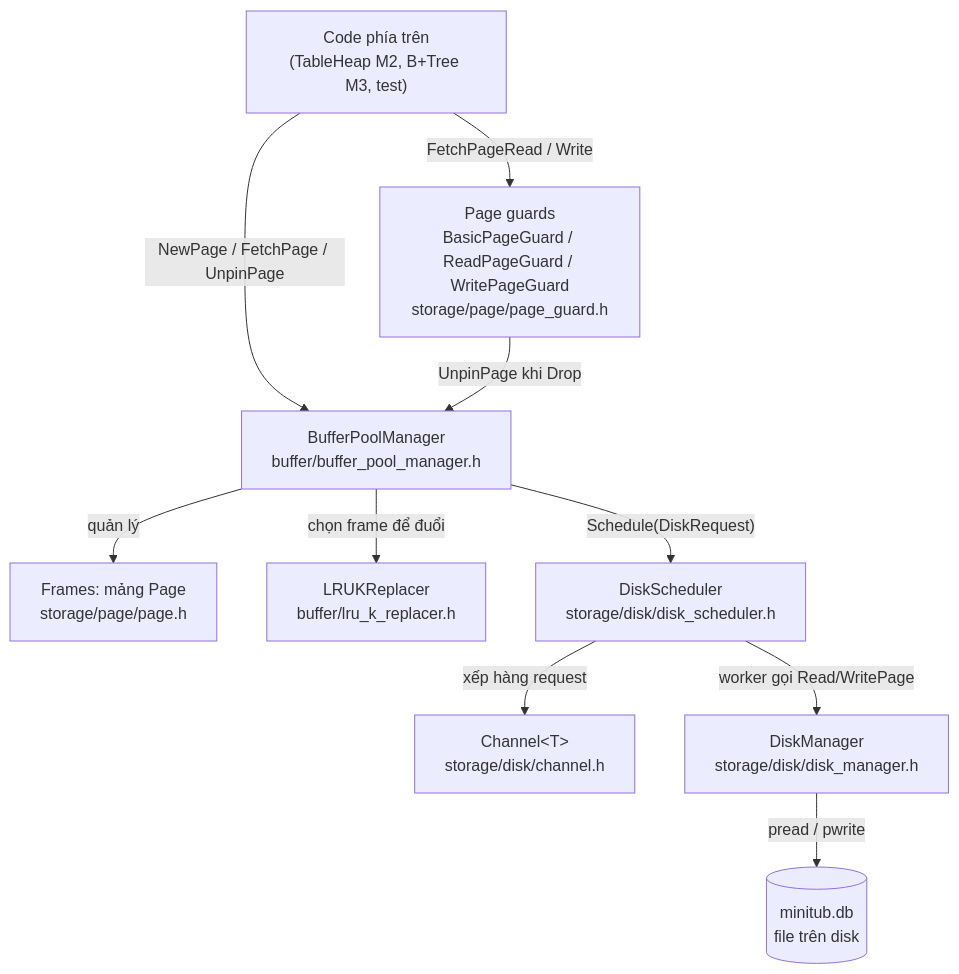
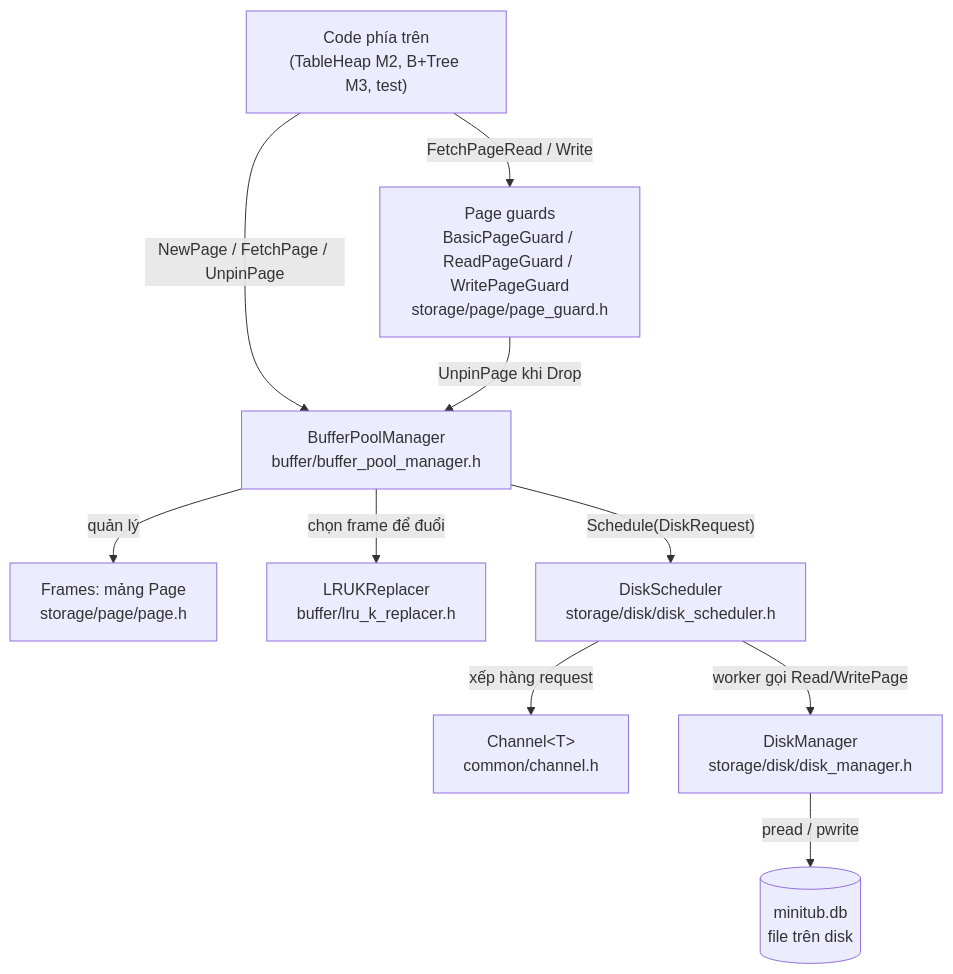
The first of 4 diagrams in docs/architecture-m1.md (Huuquan1602/MiniTub), drawn with Mermaid before and after one commit. The commit also changed other lines of this file and 24 other files, not shown here.

````diff
--- a/docs/architecture-m1.md
+++ b/docs/architecture-m1.md
@@ -33,22 +38,22 @@
 ```mermaid
 flowchart TD
     Caller["Code phía trên<br/>(TableHeap M2, B+Tree M3, test)"]
     Guard["Page guards<br/>BasicPageGuard / ReadPageGuard / WritePageGuard<br/>storage/page/page_guard.h"]
     BPM["BufferPoolManager<br/>buffer/buffer_pool_manager.h"]
     Frames["Frames: mảng Page<br/>storage/page/page.h"]
     Rep["LRUKReplacer<br/>buffer/lru_k_replacer.h"]
     Sched["DiskScheduler<br/>storage/disk/disk_scheduler.h"]
-    Chan["Channel&lt;T&gt;<br/>storage/disk/channel.h"]
+    Chan["Channel&lt;T&gt;<br/>common/channel.h"]
     DM["DiskManager<br/>storage/disk/disk_manager.h"]
     File[("minitub.db<br/>file trên disk")]
 
     Caller -->|"FetchPageRead / Write"| Guard
     Caller -->|"NewPage / FetchPage / UnpinPage"| BPM
     Guard -->|"UnpinPage khi Drop"| BPM
     BPM -->|"quản lý"| Frames
     BPM -->|"chọn frame để đuổi"| Rep
     BPM -->|"Schedule(DiskRequest)"| Sched
     Sched -->|"xếp hàng request"| Chan
     Sched -->|"worker gọi Read/WritePage"| DM
     DM -->|"pread / pwrite"| File
 ```
````
